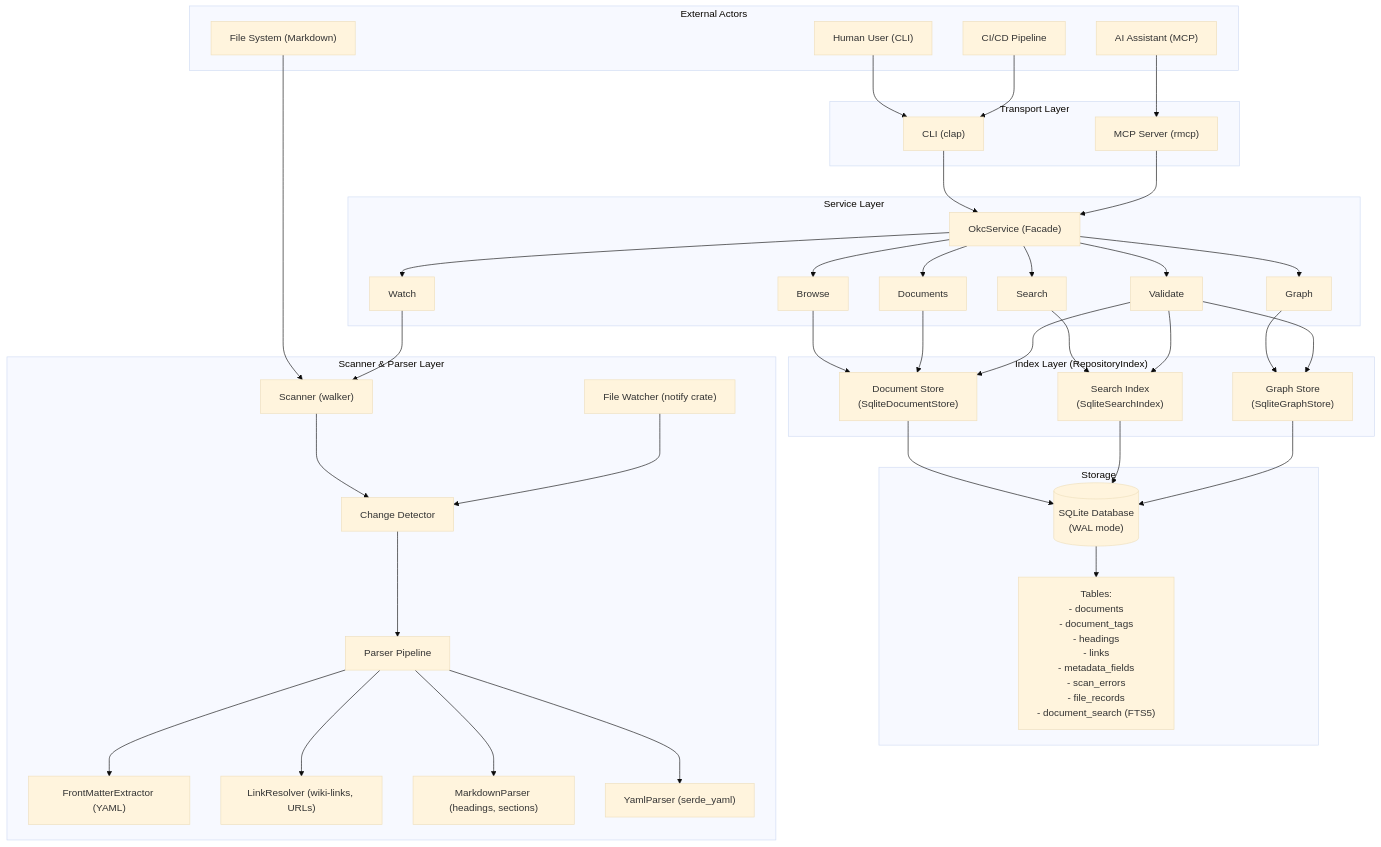
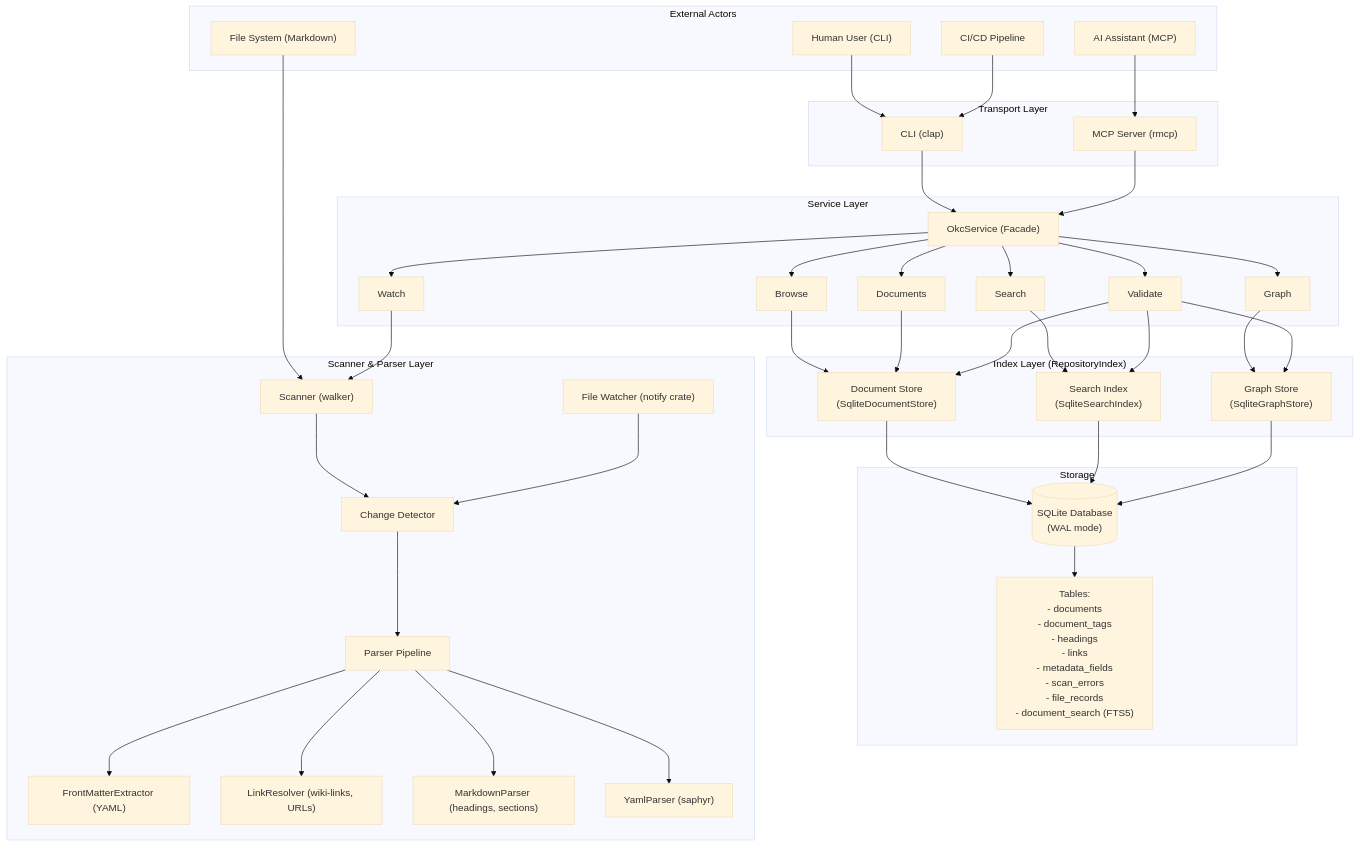
Before and after one commit to guifelix/Open-Knowledge-Catalog: the first of 4 diagrams in docs/architecture/overview.md, drawn with Mermaid (base theme). The commit also changed 9 other files, not shown here.

```diff
--- a/docs/architecture/overview.md
+++ b/docs/architecture/overview.md
@@ -46,7 +46,7 @@
         FRONTMATTER["FrontMatterExtractor (YAML)"]
         LINKRESOLVER["LinkResolver (wiki-links, URLs)"]
         MARKDOWNPARSER["MarkdownParser (headings, sections)"]
-        YAMLPARSER["YamlParser (serde_yaml)"]
+        YAMLPARSER["YamlParser (saphyr)"]
         FILEWATCHER["File Watcher (notify crate)"]
     end
 
```
